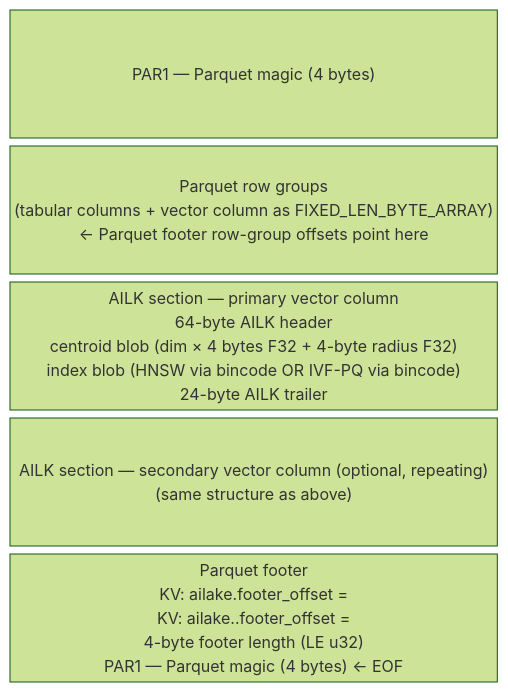
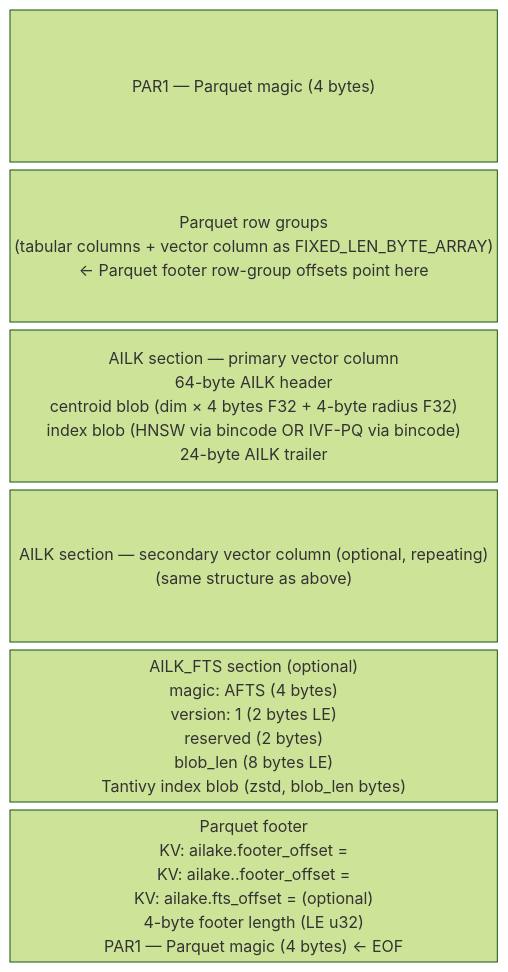
One commit to ailake-io/ai-lakehouse changed the diagram in docs/specs/FILE_FORMAT.md. Above: the diagram before and after it, drawn with Mermaid (forest theme). The commit also changed other lines of this file and 11 other files, not shown here.

````diff
--- a/docs/specs/FILE_FORMAT.md
+++ b/docs/specs/FILE_FORMAT.md
@@ -27,9 +27,10 @@
 ```mermaid
 block-beta
   columns 1
   A["PAR1 — Parquet magic (4 bytes)"]
   B["Parquet row groups\n(tabular columns + vector column as FIXED_LEN_BYTE_ARRAY)\n← Parquet footer row-group offsets point here"]
   C["AILK section — primary vector column\n  64-byte AILK header\n  centroid blob  (dim × 4 bytes F32 + 4-byte radius F32)\n  index blob  (HNSW via bincode  OR  IVF-PQ via bincode)\n  24-byte AILK trailer"]
   D["AILK section — secondary vector column (optional, repeating)\n  (same structure as above)"]
-  E["Parquet footer\n  KV: ailake.footer_offset = <primary AILK byte offset>\n  KV: ailake.<col>.footer_offset = <secondary AILK byte offset>\n  4-byte footer length (LE u32)\nPAR1 — Parquet magic (4 bytes)  ← EOF"]
+  F["AILK_FTS section (optional)\n  magic: AFTS (4 bytes)\n  version: 1 (2 bytes LE)\n  reserved (2 bytes)\n  blob_len (8 bytes LE)\n  Tantivy index blob (zstd, blob_len bytes)"]
+  E["Parquet footer\n  KV: ailake.footer_offset = <primary AILK byte offset>\n  KV: ailake.<col>.footer_offset = <secondary AILK byte offset>\n  KV: ailake.fts_offset = <AILK_FTS byte offset> (optional)\n  4-byte footer length (LE u32)\nPAR1 — Parquet magic (4 bytes)  ← EOF"]
 ```
````
